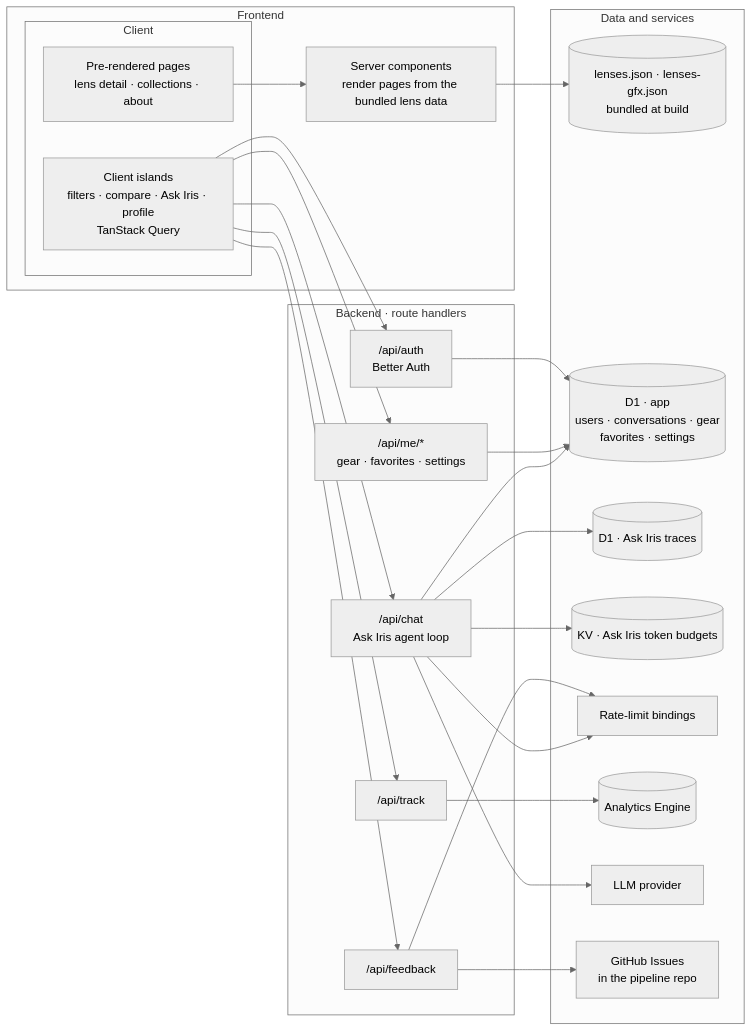
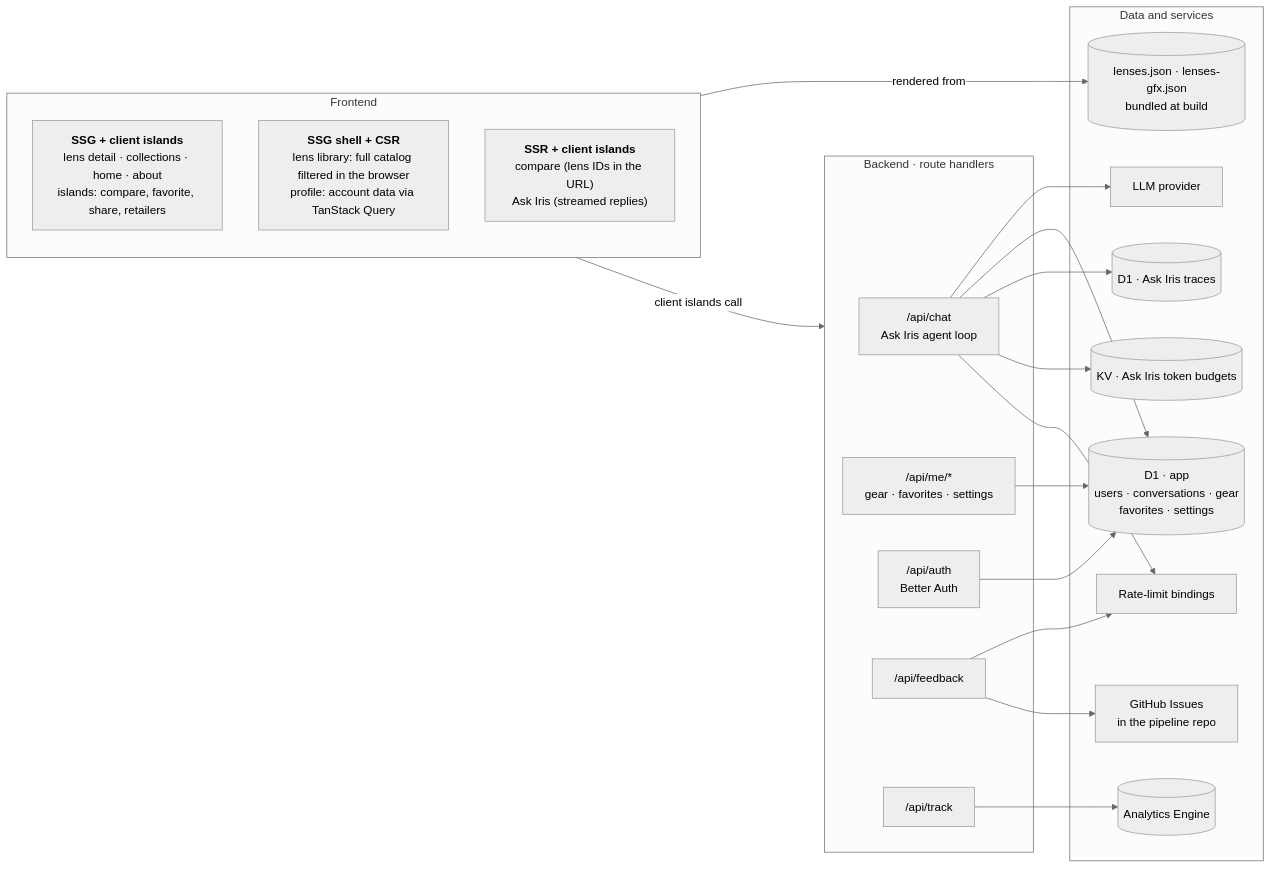
Before and after one commit to sentacraft/atlens: the first of 3 diagrams in README.md, drawn with Mermaid (neutral theme). The commit also changed other lines of this file, not shown here.

Commit message:
docs: draw the frontend by rendering mode (SSG, CSR, SSR) with client islands

````diff
--- a/README.md
+++ b/README.md
@@ -56,36 +56,34 @@
 ```mermaid
 flowchart LR
   subgraph frontend["Frontend"]
-    subgraph client["Client"]
-      PAGES["Pre-rendered pages<br/>lens detail · collections · about"]
-      ISLANDS["Client islands<br/>filters · compare · Ask Iris · profile<br/>TanStack Query"]
-    end
-    RSC["Server components<br/>render pages from the bundled lens data"]
+    SSG["<b>SSG + client islands</b><br/>lens detail · collections · home · about<br/>islands: compare, favorite, share, retailers"]
+    CSR["<b>SSG shell + CSR</b><br/>lens library: full catalog filtered in the browser<br/>profile: account data via TanStack Query"]
+    SSR["<b>SSR + client islands</b><br/>compare (lens IDs in the URL)<br/>Ask Iris (streamed replies)"]
   end
 
   subgraph backend["Backend · route handlers"]
     CHAT["/api/chat<br/>Ask Iris agent loop"]
     ME["/api/me/*<br/>gear · favorites · settings"]
     AUTH["/api/auth<br/>Better Auth"]
     FEEDBACK["/api/feedback"]
     TRACK["/api/track"]
   end
 
   subgraph services["Data and services"]
     LENSDATA[("lenses.json · lenses-gfx.json<br/>bundled at build")]
     APPDB[("D1 · app<br/>users · conversations · gear<br/>favorites · settings")]
     TRACES[("D1 · Ask Iris traces")]
     BUDGET[("KV · Ask Iris token budgets")]
     LIMITS["Rate-limit bindings"]
     EVENTS[("Analytics Engine")]
     LLM["LLM provider"]
     ISSUES["GitHub Issues<br/>in the pipeline repo"]
   end
 
-  PAGES --> RSC --> LENSDATA
-  ISLANDS --> CHAT & ME & AUTH & FEEDBACK & TRACK
+  frontend -->|"rendered from"| LENSDATA
+  frontend -->|"client islands call"| backend
   CHAT --> LLM & APPDB & TRACES & BUDGET & LIMITS
   FEEDBACK --> LIMITS & ISSUES
   ME & AUTH --> APPDB
   TRACK --> EVENTS
 ```
````
